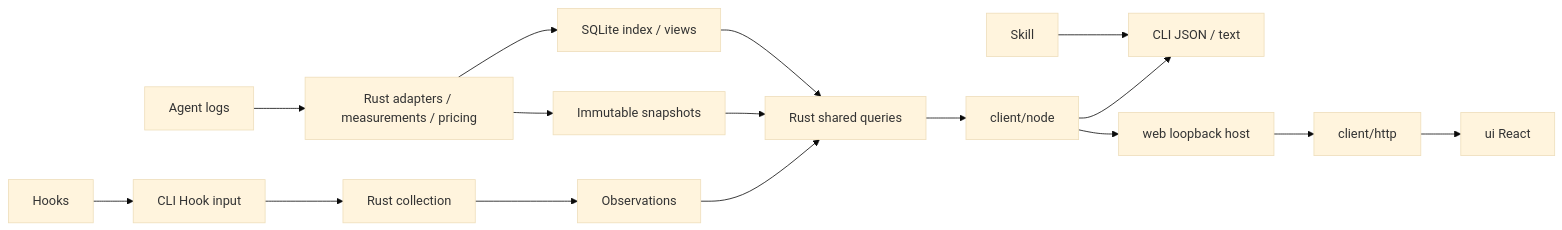
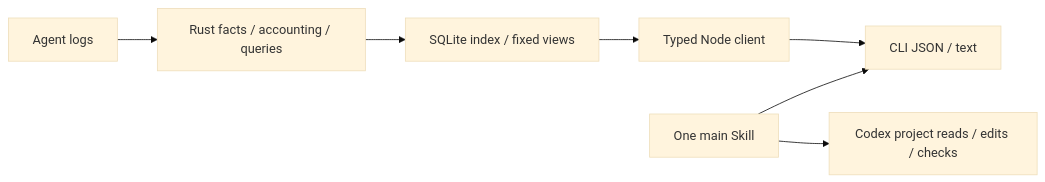
One commit to YannByte/wombat changed the first of 2 diagrams in docs/development/architecture.en.md. Above: the diagram before and after it, drawn with Mermaid (base theme). The commit also changed other lines of this file and 448 other files, not shown here.

First line of the commit message:
Use on-demand CLI and one task Skill

````diff
--- a/docs/development/architecture.en.md
+++ b/docs/development/architecture.en.md
@@ -9,18 +9,9 @@
 ```mermaid
 flowchart LR
-  L[Agent logs] --> A[Rust adapters / measurements / pricing]
-  A --> D[SQLite index / views]
-  A --> S[Immutable snapshots]
-  D --> Q[Rust shared queries]
-  S --> Q
-  HK[Hooks] --> B[CLI Hook input]
-  B --> RC[Rust collection]
-  RC --> O[Observations]
-  O --> Q
-  SK[Skill] --> C
-  Q --> N[client/node]
+  L[Agent logs] --> R[Rust facts / accounting / queries]
+  R --> D[SQLite index / fixed views]
+  D --> N[Typed Node client]
   N --> C[CLI JSON / text]
-  N --> W[web loopback host]
-  W --> H[client/http]
-  H --> U[ui React]
+  S[One main Skill] --> C
+  S --> A[Codex project reads / edits / checks]
 ```
````
